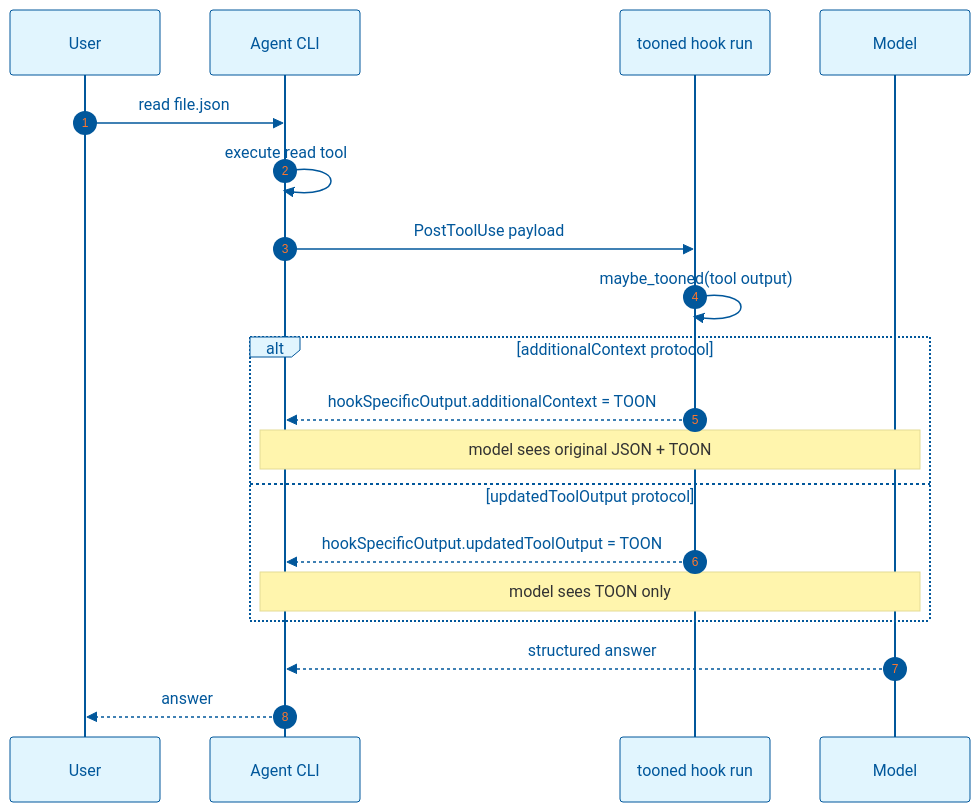
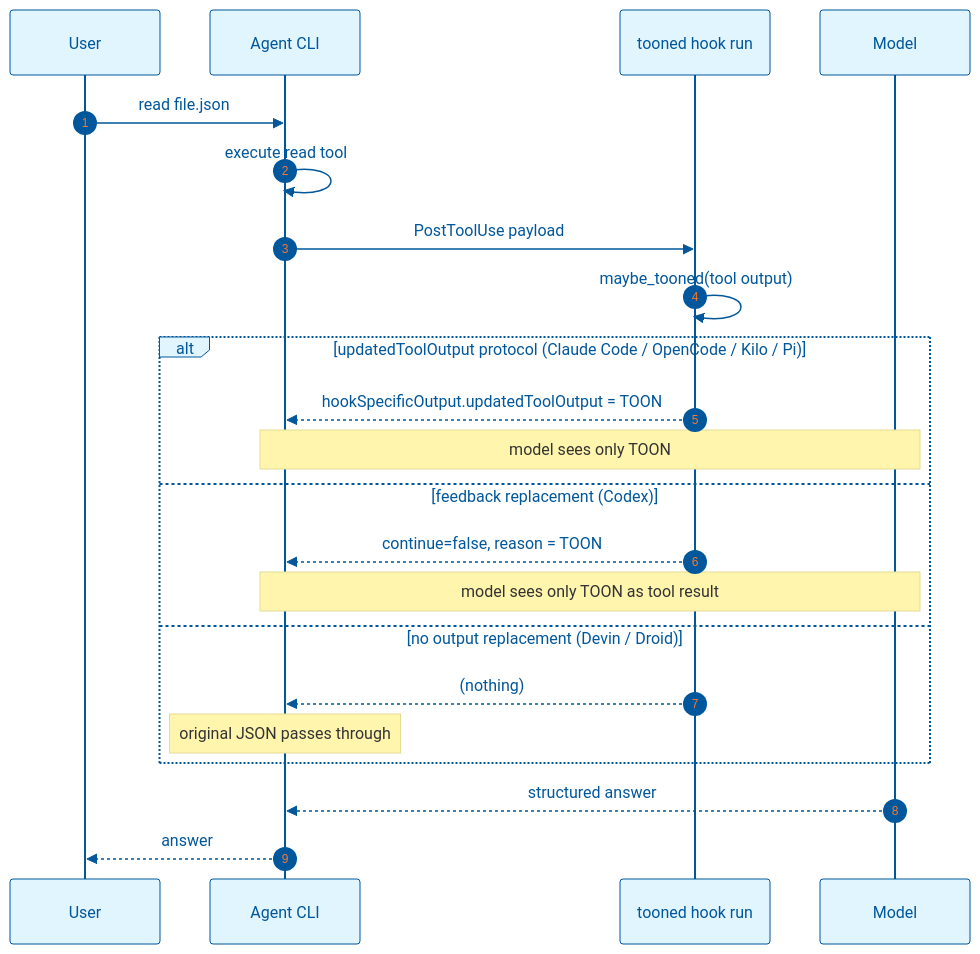
Before and after one commit to w0wl0lxd/tooned: the diagram in docs/agents/toon-hook-flow.md, drawn with Mermaid. The commit also changed other lines of this file and 18 other files, not shown here.

````diff
--- a/docs/agents/toon-hook-flow.md
+++ b/docs/agents/toon-hook-flow.md
@@ -14,23 +17,26 @@
 ```mermaid
 %%{init: {'theme': 'base', 'themeVariables': { 'primaryColor': '#e1f5fe', 'primaryTextColor': '#01579b', 'primaryBorderColor': '#01579b', 'lineColor': '#0288d1', 'secondaryColor': '#fff3e0'}}}%%
 sequenceDiagram
     autonumber
     participant U as User
     participant A as Agent CLI
     participant T as tooned hook run
     participant M as Model
 
     U->>A: read file.json
     A->>A: execute read tool
     A->>T: PostToolUse payload
     T->>T: maybe_tooned(tool output)
-    alt additionalContext protocol
-        T-->>A: hookSpecificOutput.additionalContext = TOON
-        Note over A,M: model sees original JSON + TOON
-    else updatedToolOutput protocol
+    alt updatedToolOutput protocol (Claude Code / OpenCode / Kilo / Pi)
         T-->>A: hookSpecificOutput.updatedToolOutput = TOON
-        Note over A,M: model sees TOON only
+        Note over A,M: model sees only TOON
+    else feedback replacement (Codex)
+        T-->>A: continue=false, reason = TOON
+        Note over A,M: model sees only TOON as tool result
+    else no output replacement (Devin / Droid)
+        T-->>A: (nothing)
+        Note over A: original JSON passes through
     end
     M-->>A: structured answer
     A-->>U: answer
 ```
````
